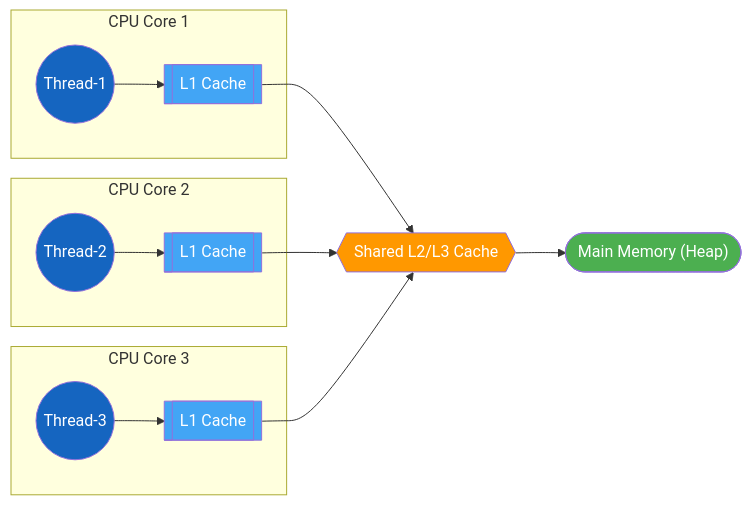
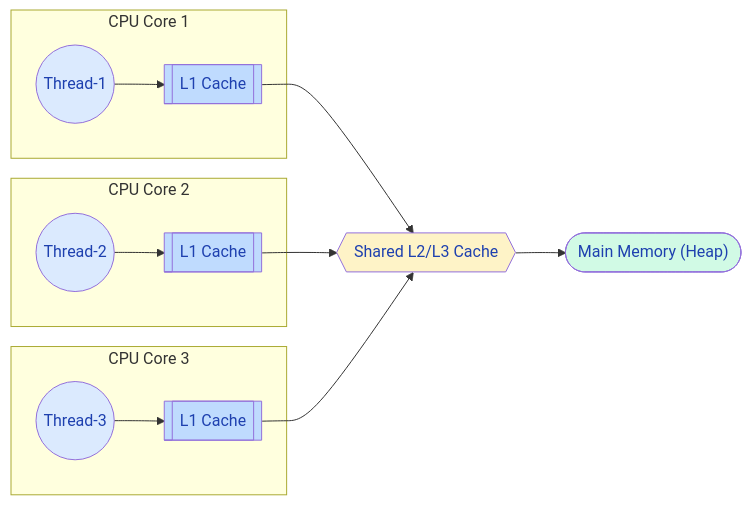
One commit to saivamsikaruturi/vamsilabs-dev-notes-main changed the first of 7 diagrams in docs/java/JavaMemoryModel.md. Above: the diagram before and after it, drawn with Mermaid. The commit also changed other lines of this file and 220 other files, not shown here.

First line of the commit message:
Add 50+ new Java/Spring Boot pages, rewrite CSS code blocks to Oracle style, fix all diagram colors

````diff
--- a/docs/java/JavaMemoryModel.md
+++ b/docs/java/JavaMemoryModel.md
@@ -16,37 +16,37 @@
 ```mermaid
 flowchart LR
     subgraph "CPU Core 1"
         T1(("Thread-1"))
         L1_1[["L1 Cache"]]
         T1 --> L1_1
     end
 
     subgraph "CPU Core 2"
         T2(("Thread-2"))
         L1_2[["L1 Cache"]]
         T2 --> L1_2
     end
 
     subgraph "CPU Core 3"
         T3(("Thread-3"))
         L1_3[["L1 Cache"]]
         T3 --> L1_3
     end
 
     L2{{"Shared L2/L3 Cache"}}
     MAIN(["Main Memory (Heap)"])
 
     L1_1 --> L2
     L1_2 --> L2
     L1_3 --> L2
     L2 --> MAIN
 
-    style T1 fill:#1565C0,color:#fff
-    style T2 fill:#1565C0,color:#fff
-    style T3 fill:#1565C0,color:#fff
-    style L1_1 fill:#42A5F5,color:#fff
-    style L1_2 fill:#42A5F5,color:#fff
-    style L1_3 fill:#42A5F5,color:#fff
-    style L2 fill:#FF9800,color:#fff
-    style MAIN fill:#4CAF50,color:#fff
+    style T1 fill:#DBEAFE,color:#1E40AF
+    style T2 fill:#DBEAFE,color:#1E40AF
+    style T3 fill:#DBEAFE,color:#1E40AF
+    style L1_1 fill:#BFDBFE,color:#1E40AF
+    style L1_2 fill:#BFDBFE,color:#1E40AF
+    style L1_3 fill:#BFDBFE,color:#1E40AF
+    style L2 fill:#FEF3C7,color:#1E40AF
+    style MAIN fill:#D1FAE5,color:#1E40AF
 ```
````
